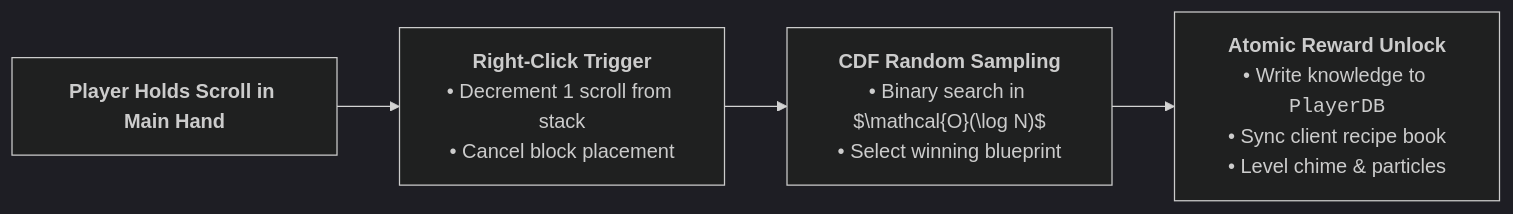
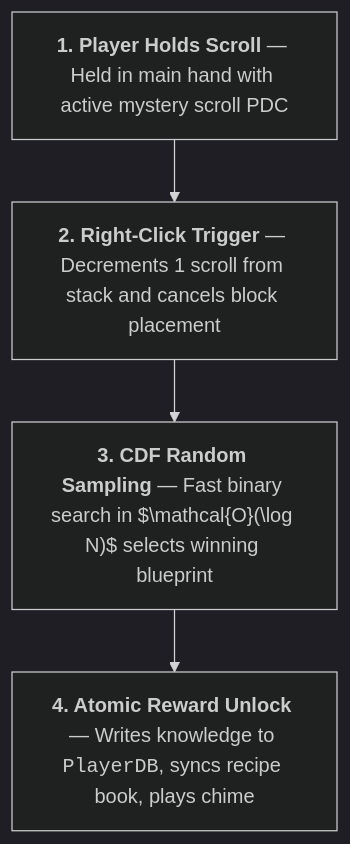
Before and after one commit to XZtotal/CraftingBlueprints-Wiki: the diagram in docs/authoring/mystery-scrolls.md, drawn with Mermaid (dark theme). The commit also changed 31 other files, not shown here.

Commit message:
style(docs): optimize diagram proportions, center all diagrams, and fix table padding

````diff
--- a/docs/authoring/mystery-scrolls.md
+++ b/docs/authoring/mystery-scrolls.md
@@ -130,9 +130,7 @@
 ```mermaid
-flowchart LR
-    Hold["<b>Player Holds Scroll in Main Hand</b>"]
-    Click["<b>Right-Click Trigger</b><br/>• Decrement 1 scroll from stack<br/>• Cancel block placement"]
-    Roll["<b>CDF Random Sampling</b><br/>• Binary search in $\mathcal{O}(\log N)$<br/>• Select winning blueprint"]
-    Unlock["<b>Atomic Reward Unlock</b><br/>• Write knowledge to <code>PlayerDB</code><br/>• Sync client recipe book<br/>• Level chime &amp; particles"]
-
-    Hold --> Click --> Roll --> Unlock
+flowchart TD
+    Hold["<b>1. Player Holds Scroll</b> — Held in main hand with active mystery scroll PDC"]
+    --> Click["<b>2. Right-Click Trigger</b> — Decrements 1 scroll from stack and cancels block placement"]
+    --> Roll["<b>3. CDF Random Sampling</b> — Fast binary search in $\mathcal{O}(\log N)$ selects winning blueprint"]
+    --> Unlock["<b>4. Atomic Reward Unlock</b> — Writes knowledge to <code>PlayerDB</code>, syncs recipe book, plays chime"]
 ```
````
